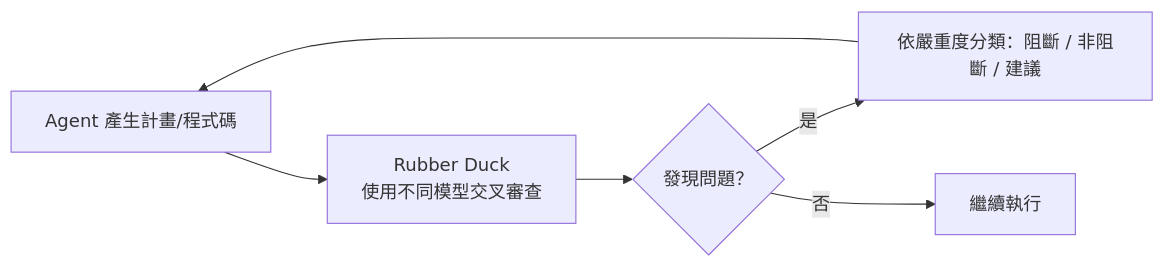
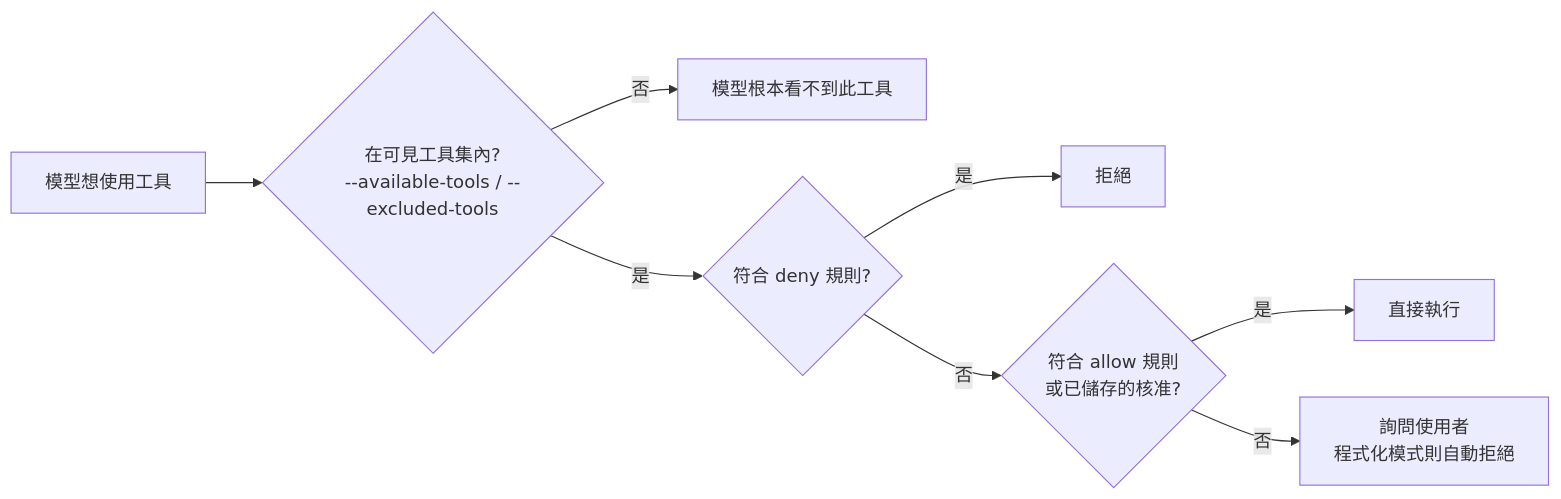
One commit to chihhung/Blog changed the sixth of 8 diagrams in content/posts/教學/AI開發/Copilot CLI教學手冊.md. Above: the diagram before and after it, drawn with Mermaid. The commit also changed other lines of this file and 1 other file, not shown here.

````diff
--- a/content/posts/教學/AI開發/Copilot CLI教學手冊.md
+++ b/content/posts/教學/AI開發/Copilot CLI教學手冊.md
@@ -1426,8 +2907,10 @@
 ```mermaid
-graph LR
-    A[Agent 產生計畫/程式碼] --> B[Rubber Duck<br/>使用不同模型交叉審查]
-    B --> C{發現問題？}
-    C -->|是| D[依嚴重度分類：阻斷 / 非阻斷 / 建議]
-    D --> A
-    C -->|否| E[繼續執行]
+flowchart LR
+    A[模型想使用工具] --> B{在可見工具集內?<br/>--available-tools / --excluded-tools}
+    B -- 否 --> X[模型根本看不到此工具]
+    B -- 是 --> C{符合 deny 規則?}
+    C -- 是 --> D[拒絕]
+    C -- 否 --> E{符合 allow 規則<br/>或已儲存的核准?}
+    E -- 是 --> F[直接執行]
+    E -- 否 --> G[詢問使用者<br/>程式化模式則自動拒絕]
 ```
````
